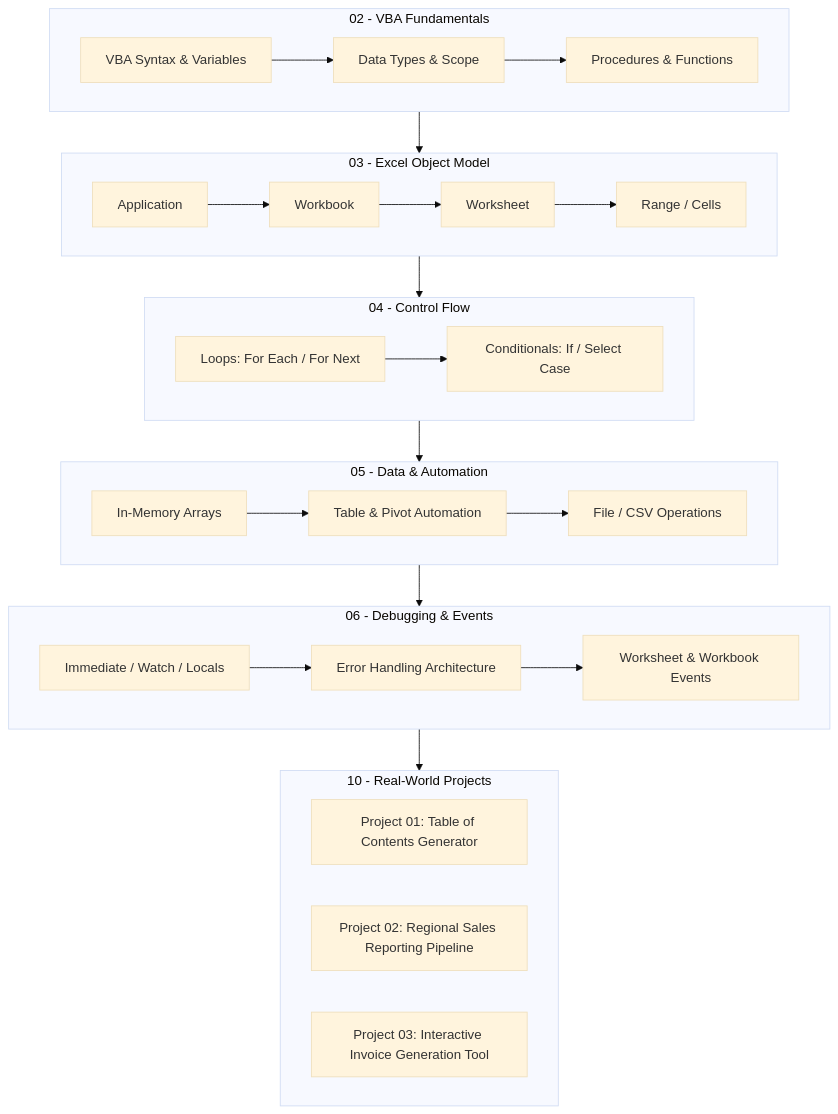
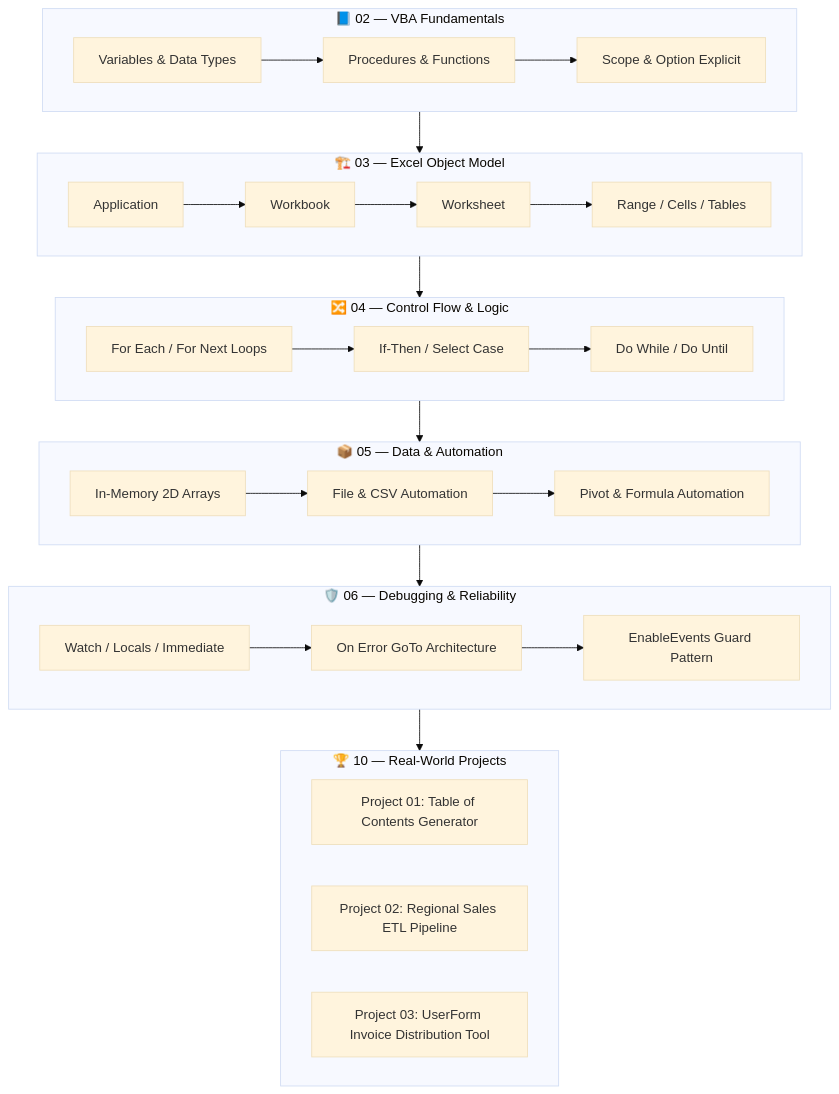
The first of 2 diagrams in README.md (Sohila-Khaled-Abbas/Excel-VBA-Second-Brain), drawn with Mermaid (base theme) before and after one commit. The commit also changed other lines of this file and 209 other files, not shown here.

Commit message:
feat(v2): add advanced docs, community health files, code cookbook, architecture notes, upgraded README & GitHub templates

````diff
--- a/README.md
+++ b/README.md
@@ -20,39 +42,40 @@
 ```mermaid
 flowchart TD
-    subgraph Fundamentals["02 - VBA Fundamentals"]
-        A[VBA Syntax & Variables] --> B[Data Types & Scope]
-        B --> C[Procedures & Functions]
+    subgraph Fundamentals["📘 02 — VBA Fundamentals"]
+        A[Variables & Data Types] --> B[Procedures & Functions]
+        B --> C[Scope & Option Explicit]
     end
 
-    subgraph ObjectModel["03 - Excel Object Model"]
+    subgraph ObjectModel["🏗️ 03 — Excel Object Model"]
         D[Application] --> E[Workbook]
         E --> F[Worksheet]
-        F --> G[Range / Cells]
+        F --> G["Range / Cells / Tables"]
     end
 
-    subgraph ControlFlow["04 - Control Flow"]
-        H[Loops: For Each / For Next] --> I[Conditionals: If / Select Case]
+    subgraph ControlFlow["🔀 04 — Control Flow & Logic"]
+        H["For Each / For Next Loops"] --> I["If-Then / Select Case"]
+        I --> J["Do While / Do Until"]
     end
 
-    subgraph CoreAutomation["05 - Data & Automation"]
-        J[In-Memory Arrays] --> K[Table & Pivot Automation]
-        K --> L[File / CSV Operations]
+    subgraph DataLayer["📦 05 — Data & Automation"]
+        K[In-Memory 2D Arrays] --> L[File & CSV Automation]
+        L --> M[Pivot & Formula Automation]
     end
 
-    subgraph Reliability["06 - Debugging & Events"]
-        M[Immediate / Watch / Locals] --> N[Error Handling Architecture]
-        N --> O[Worksheet & Workbook Events]
+    subgraph Reliability["🛡️ 06 — Debugging & Reliability"]
+        N[Watch / Locals / Immediate] --> O[On Error GoTo Architecture]
+        O --> P[EnableEvents Guard Pattern]
     end
 
-    subgraph Projects["10 - Real-World Projects"]
+    subgraph Projects["🏆 10 — Real-World Projects"]
         P1["Project 01: Table of Contents Generator"]
-        P2["Project 02: Regional Sales Reporting Pipeline"]
-        P3["Project 03: Interactive Invoice Generation Tool"]
+        P2["Project 02: Regional Sales ETL Pipeline"]
+        P3["Project 03: UserForm Invoice Distribution Tool"]
     end
 
     Fundamentals --> ObjectModel
     ObjectModel --> ControlFlow
-    ControlFlow --> CoreAutomation
-    CoreAutomation --> Reliability
+    ControlFlow --> DataLayer
+    DataLayer --> Reliability
     Reliability --> Projects
 ```
````
